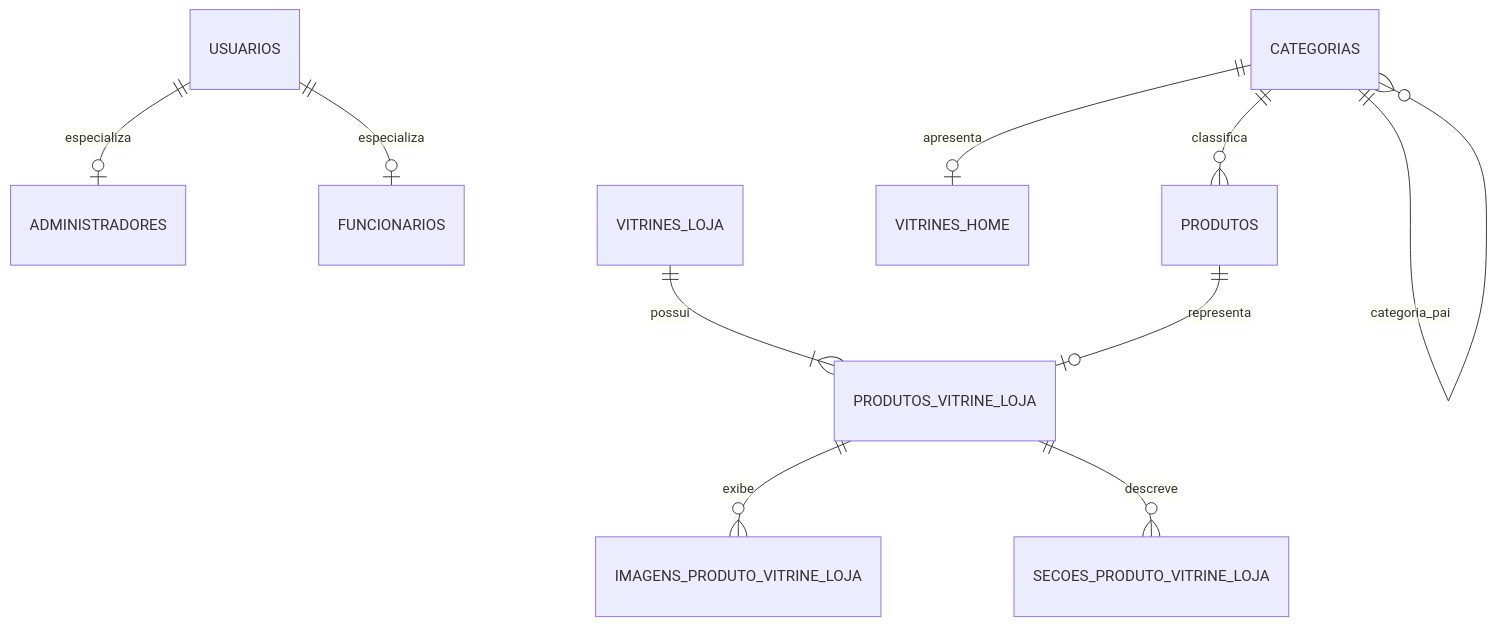
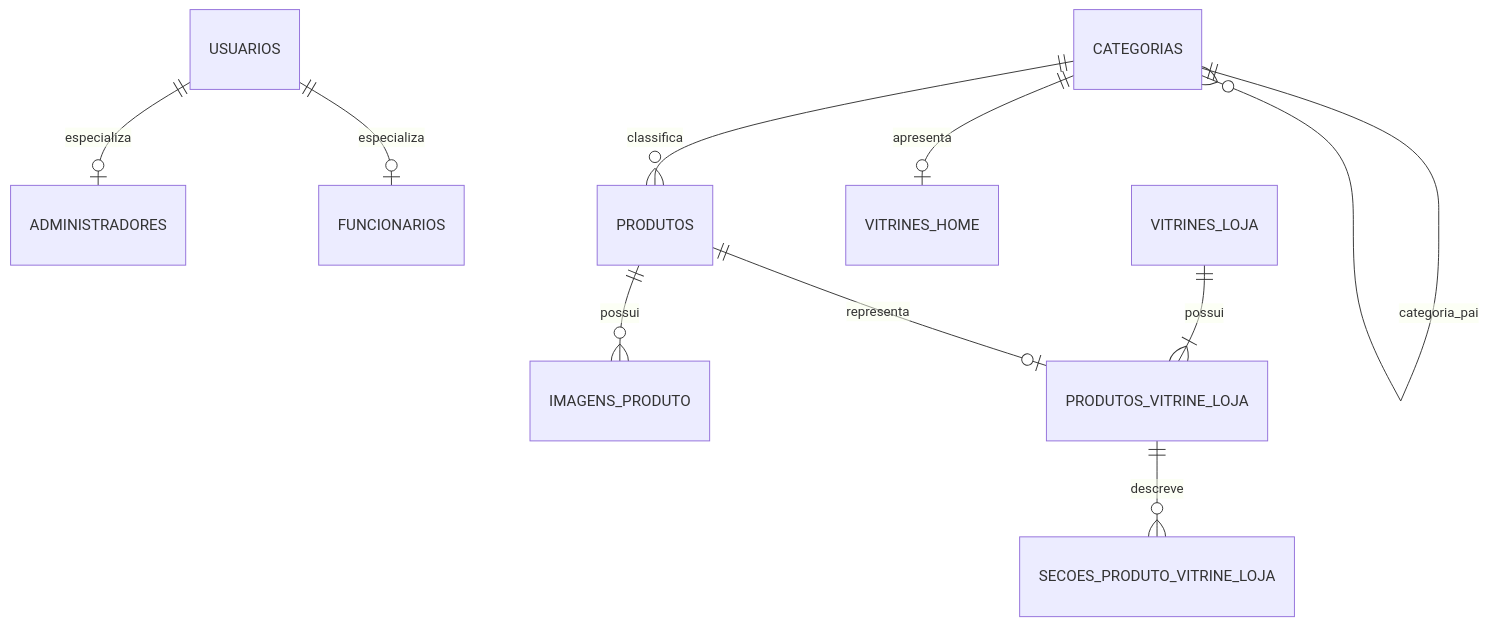
The diagram in docs/MODELO_DE_DADOS.md (VitorManuel01/dubai-magazine-salvador), drawn with Mermaid before and after one commit. The commit also changed other lines of this file and 47 other files, not shown here.

````diff
--- a/docs/MODELO_DE_DADOS.md
+++ b/docs/MODELO_DE_DADOS.md
@@ -14,12 +14,12 @@
 ```mermaid
 erDiagram
     USUARIOS ||--o| ADMINISTRADORES : especializa
     USUARIOS ||--o| FUNCIONARIOS : especializa
     CATEGORIAS ||--o{ CATEGORIAS : categoria_pai
     CATEGORIAS ||--o{ PRODUTOS : classifica
     CATEGORIAS ||--o| VITRINES_HOME : apresenta
+    PRODUTOS ||--o{ IMAGENS_PRODUTO : possui
     VITRINES_LOJA ||--|{ PRODUTOS_VITRINE_LOJA : possui
     PRODUTOS ||--o| PRODUTOS_VITRINE_LOJA : representa
-    PRODUTOS_VITRINE_LOJA ||--o{ IMAGENS_PRODUTO_VITRINE_LOJA : exibe
     PRODUTOS_VITRINE_LOJA ||--o{ SECOES_PRODUTO_VITRINE_LOJA : descreve
 ```
````
